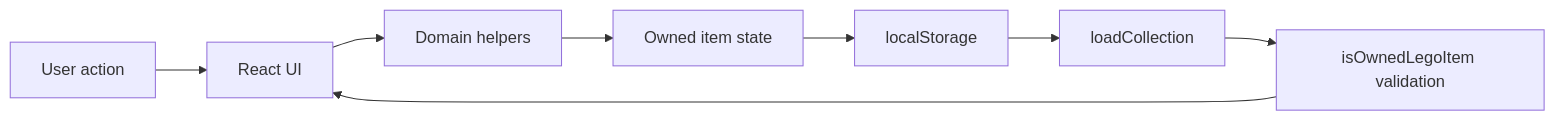
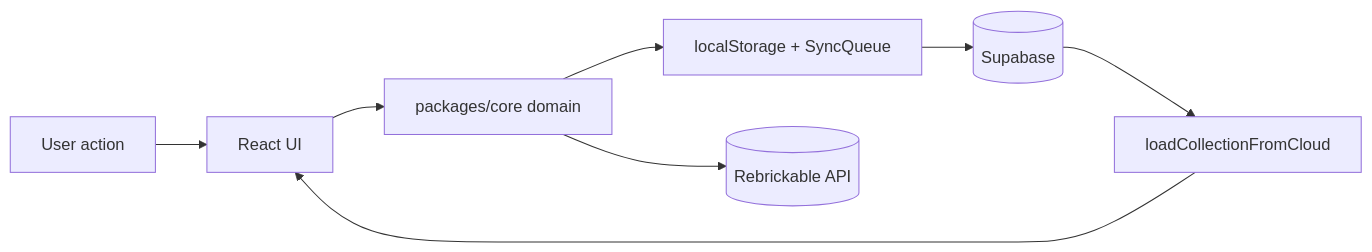
Before and after one commit to ahhrealmonstr/lego-tracker: the diagram in README.md, drawn with Mermaid. The commit also changed other lines of this file and 26 other files, not shown here.

````diff
--- a/README.md
+++ b/README.md
@@ -98,10 +64,10 @@
 ```mermaid
 flowchart LR
   User[User action] --> UI[React UI]
-  UI --> Domain[Domain helpers]
-  Domain --> State[Owned item state]
-  State --> Storage[localStorage]
-  Storage --> Load[loadCollection]
-  Load --> Guard[isOwnedLegoItem validation]
-  Guard --> UI
+  UI --> Domain[packages/core domain]
+  Domain --> Storage[localStorage + SyncQueue]
+  Storage --> Supabase[(Supabase)]
+  Domain --> Rebrickable[(Rebrickable API)]
+  Supabase --> Load[loadCollectionFromCloud]
+  Load --> UI
 ```
````
